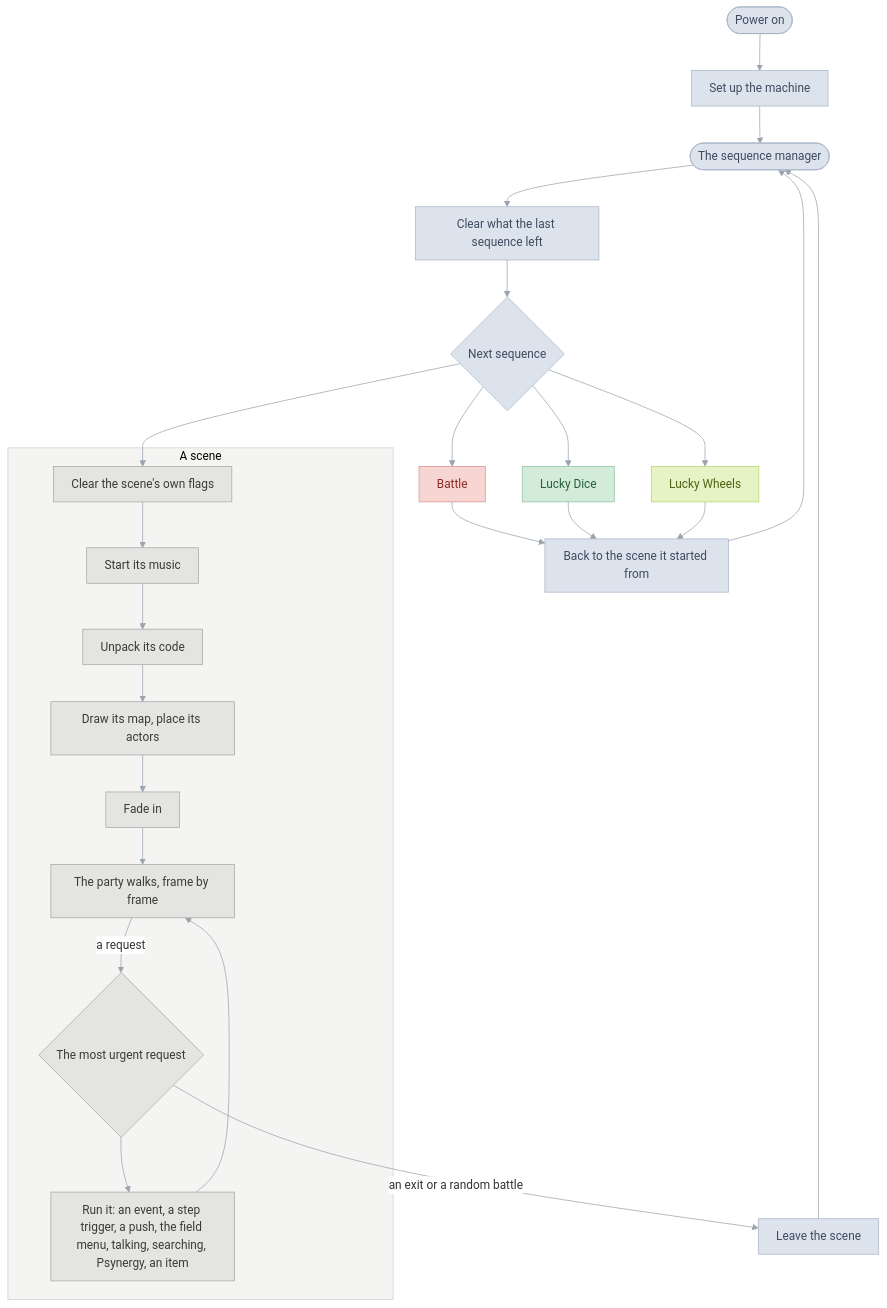
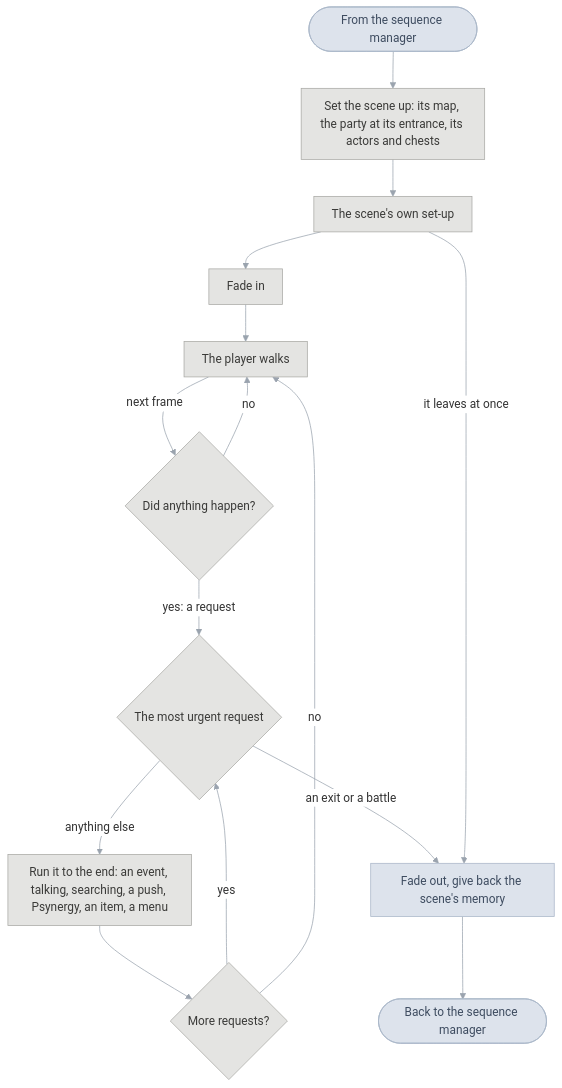
One commit to PascalPixel/alchemy changed the second of 2 diagrams in games/tbs/README.md. Above: the diagram before and after it, drawn with Mermaid. The commit also changed other lines of this file, not shown here.

First line of the commit message:
☀️ Front page: two charts, the sequence manager and the scene manager

````diff
--- a/games/tbs/README.md
+++ b/games/tbs/README.md
@@ -44,38 +77,22 @@
 ```mermaid
 %%{init: {"theme": "base", "themeVariables": {"lineColor": "#9AA3AE", "edgeLabelBackground": "#FFFFFF"}, "flowchart": {"curve": "basis", "padding": 12}}}%%
 flowchart TD
-  power(["Power on"]) --> init["Set up the machine"] --> loop(["The sequence manager"])
-  loop --> clear["Clear what the last sequence left"]
-  clear --> kind{"Next sequence"}
-
-  kind --> flags["Clear the scene's own flags"]
-  subgraph scene ["A scene"]
-    flags --> music["Start its music"] --> code["Unpack its code"]
-    code --> setup["Draw its map, place its actors"] --> fade["Fade in"]
-    fade --> walk["The party walks, frame by frame"]
-    walk -->|"a request"| req{"The most urgent request"}
-    req --> handle["Run it: an event, a step trigger, a push, the field menu, talking, searching, Psynergy, an item"]
-    handle --> walk
-  end
-  req -->|"an exit or a random battle"| take["Leave the scene"] --> loop
-
-  kind --> battle["Battle"]
-  kind --> dice["Lucky Dice"]
-  kind --> wheels["Lucky Wheels"]
-  battle --> ret["Back to the scene it started from"]
-  dice --> ret
-  wheels --> ret
-  ret --> loop
-
+  start(["From the sequence manager"]) --> setup["Set the scene up: its map, the party at its entrance, its actors and chests"]
+  setup --> own["The scene's own set-up"]
+  own --> fade["Fade in"]
+  fade --> walk["The player walks"]
+  walk -->|"next frame"| check{"Did anything happen?"}
+  check -->|"no"| walk
+  check -->|"yes: a request"| pick{"The most urgent request"}
+  pick -->|"anything else"| run["Run it to the end: an event, talking, searching, a push, Psynergy, an item, a menu"]
+  run --> more{"More requests?"}
+  more -->|"yes"| pick
+  more -->|"no"| walk
+  pick -->|"an exit or a battle"| leave["Fade out, give back the scene's memory"]
+  own -->|"it leaves at once"| leave
+  leave --> done(["Back to the sequence manager"])
   classDef flow fill:#DDE3EC,stroke:#A9B6C8,color:#3E4C60
   classDef field fill:#E4E4E2,stroke:#A8A8A4,color:#3A3A38
-  classDef fight fill:#F6D5D2,stroke:#D9928B,color:#8A2A22
-  classDef dice fill:#D3EBD9,stroke:#8DC49E,color:#25603A
-  classDef wheels fill:#E6F3C4,stroke:#B5D46A,color:#4C6312
-  class power,init,loop,clear,kind,ret,take flow
-  class flags,music,code,setup,fade,walk,req,handle field
-  class battle fight
-  class dice dice
-  class wheels wheels
-  style scene fill:#F4F4F2,stroke:#CFCFCB
+  class start,done,leave flow
+  class setup,own,fade,walk,check,pick,run,more field
 ```
````
